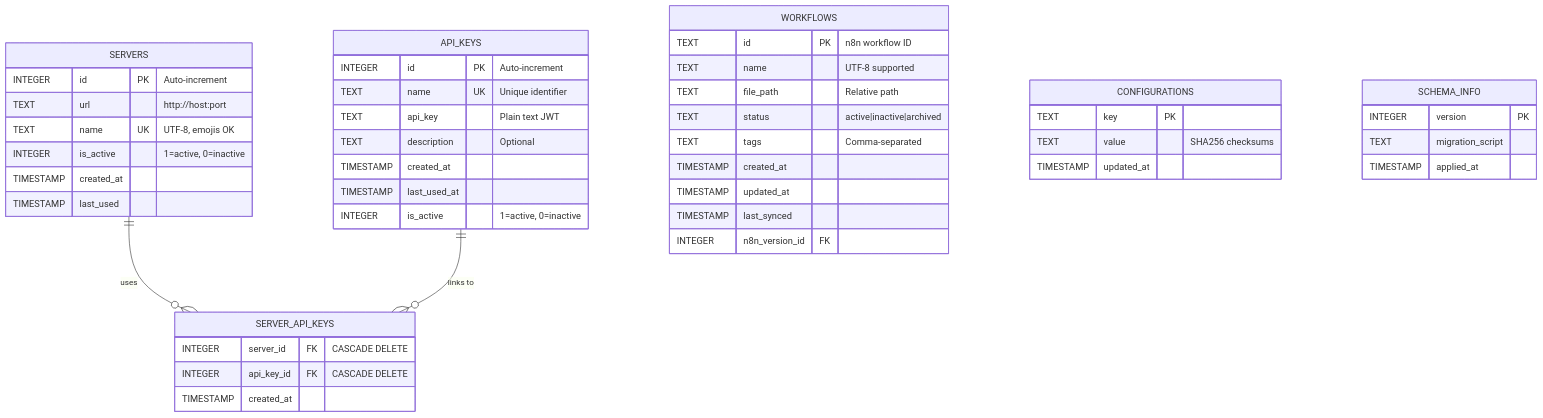
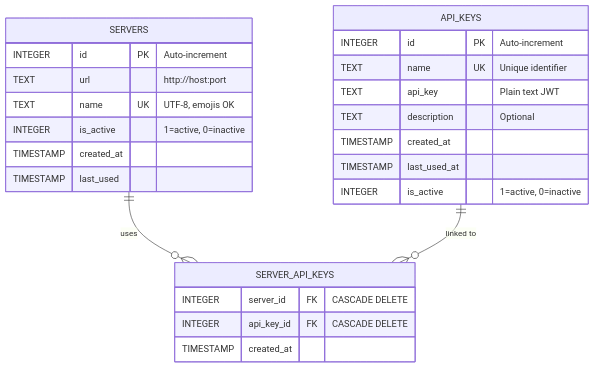
The second of 3 diagrams in docs/database.md (lehcode/n8n-deploy), drawn with Mermaid before and after one commit. The commit also changed other lines of this file and 2 other files, not shown here.

````diff
--- a/docs/database.md
+++ b/docs/database.md
@@ -24,48 +51,27 @@
 ```mermaid
 erDiagram
     SERVERS ||--o{ SERVER_API_KEYS : "uses"
-    API_KEYS ||--o{ SERVER_API_KEYS : "links to"
-    WORKFLOWS {
-        TEXT id PK "n8n workflow ID"
-        TEXT name "UTF-8 supported"
-        TEXT file_path "Relative path"
-        TEXT status "active|inactive|archived"
-        TEXT tags "Comma-separated"
+    API_KEYS ||--o{ SERVER_API_KEYS : "linked to"
+    SERVERS {
+        INTEGER id PK "Auto-increment"
+        TEXT url "http://host:port"
+        TEXT name UK "UTF-8, emojis OK"
+        INTEGER is_active "1=active, 0=inactive"
         TIMESTAMP created_at
-        TIMESTAMP updated_at
-        TIMESTAMP last_synced
-        INTEGER n8n_version_id FK
+        TIMESTAMP last_used
     }
     API_KEYS {
         INTEGER id PK "Auto-increment"
         TEXT name UK "Unique identifier"
         TEXT api_key "Plain text JWT"
         TEXT description "Optional"
         TIMESTAMP created_at
         TIMESTAMP last_used_at
         INTEGER is_active "1=active, 0=inactive"
     }
-    SERVERS {
-        INTEGER id PK "Auto-increment"
-        TEXT url "http://host:port"
-        TEXT name UK "UTF-8, emojis OK"
-        INTEGER is_active "1=active, 0=inactive"
-        TIMESTAMP created_at
-        TIMESTAMP last_used
-    }
     SERVER_API_KEYS {
         INTEGER server_id FK "CASCADE DELETE"
         INTEGER api_key_id FK "CASCADE DELETE"
         TIMESTAMP created_at
     }
-    CONFIGURATIONS {
-        TEXT key PK
-        TEXT value "SHA256 checksums"
-        TIMESTAMP updated_at
-    }
-    SCHEMA_INFO {
-        INTEGER version PK
-        TEXT migration_script
-        TIMESTAMP applied_at
-    }
 ```
````
